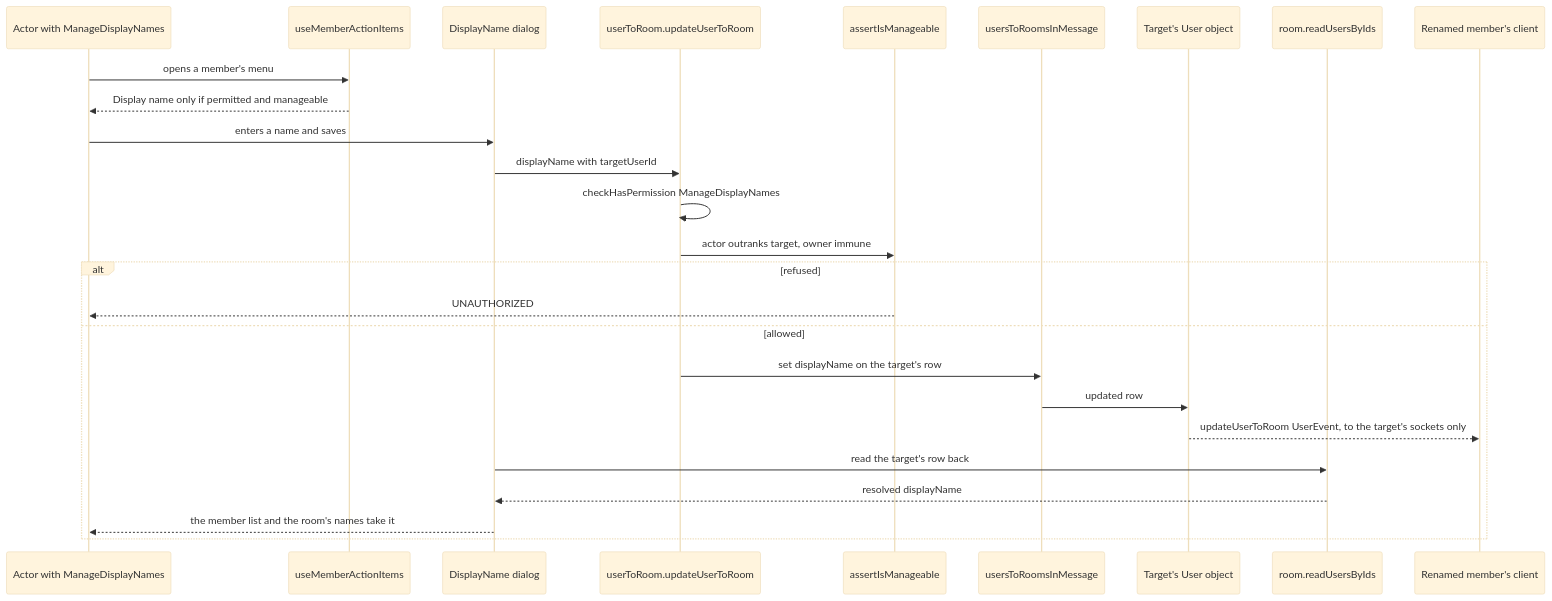
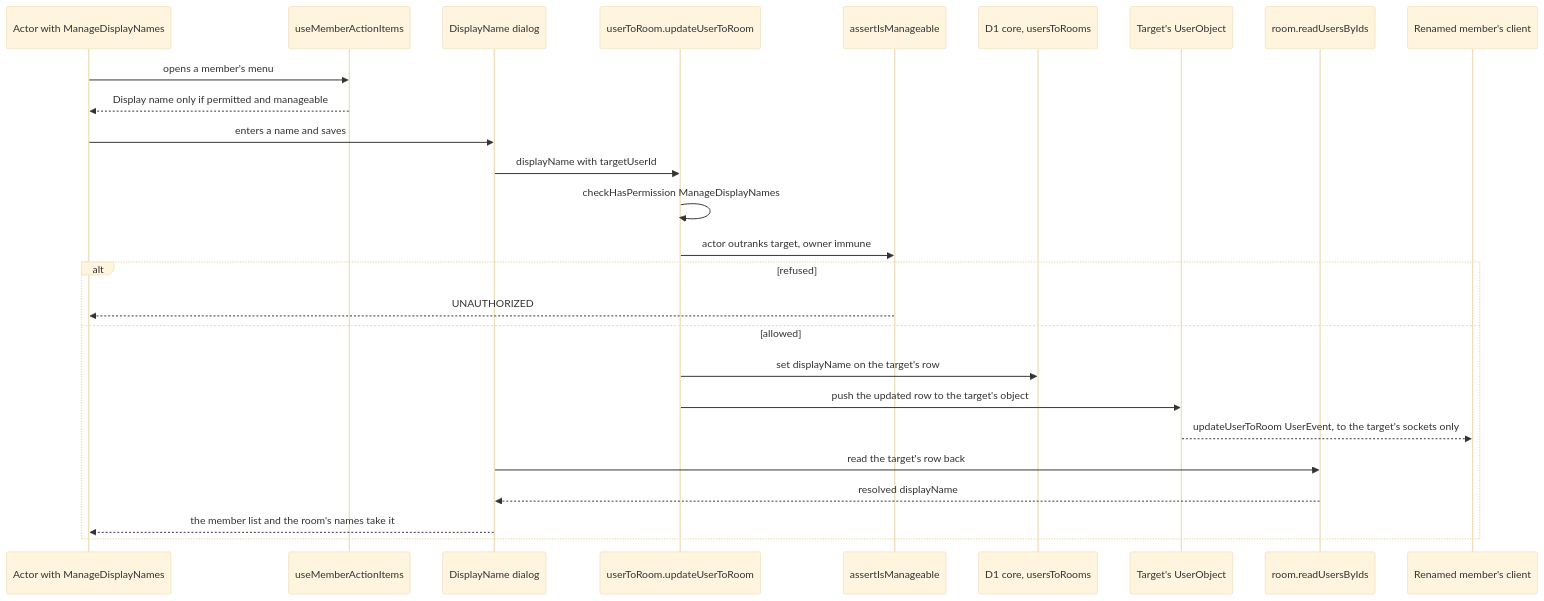
The second of 2 diagrams in openspec/specs/esbabbler/display-names/design.md (Esposter/Esposter), drawn with Mermaid (base theme) before and after one commit. The commit also changed other lines of this file and 5 other files, not shown here.

````diff
--- a/openspec/specs/esbabbler/display-names/design.md
+++ b/openspec/specs/esbabbler/display-names/design.md
@@ -72,28 +72,28 @@
 ```mermaid
 sequenceDiagram
   participant A as Actor with ManageDisplayNames
   participant M as useMemberActionItems
   participant D as DisplayName dialog
   participant R as userToRoom.updateUserToRoom
   participant G as assertIsManageable
-  participant DB as usersToRoomsInMessage
-  participant E as Target's User object
+  participant DB as D1 core, usersToRooms
+  participant E as Target's UserObject
   participant Q as room.readUsersByIds
   participant T as Renamed member's client
   A->>M: opens a member's menu
   M-->>A: Display name only if permitted and manageable
   A->>D: enters a name and saves
   D->>R: displayName with targetUserId
   R->>R: checkHasPermission ManageDisplayNames
   R->>G: actor outranks target, owner immune
   alt refused
     G-->>A: UNAUTHORIZED
   else allowed
     R->>DB: set displayName on the target's row
-    DB->>E: updated row
+    R->>E: push the updated row to the target's object
     E-->>T: updateUserToRoom UserEvent, to the target's sockets only
     D->>Q: read the target's row back
     Q-->>D: resolved displayName
     D-->>A: the member list and the room's names take it
   end
 ```
````
